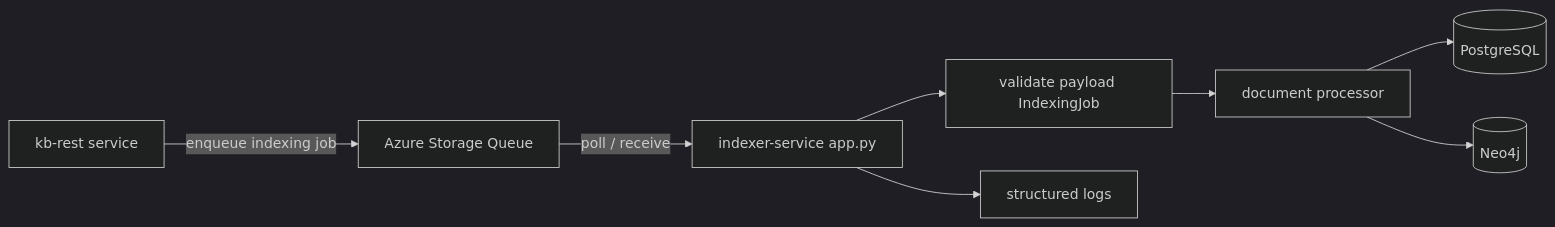
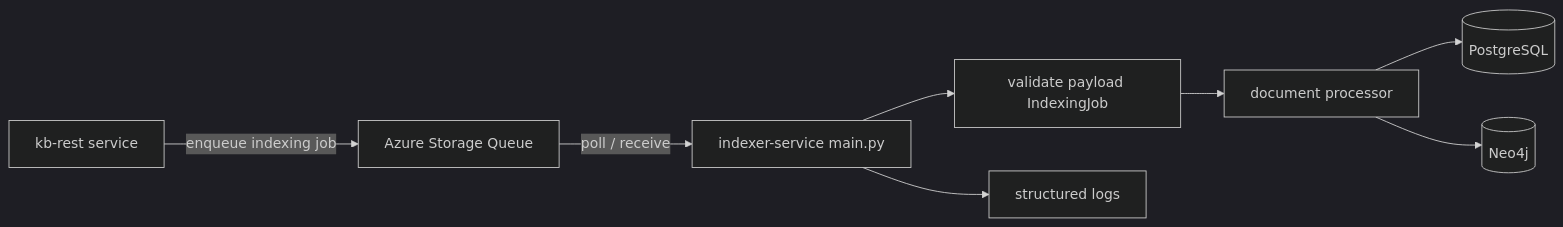
The diagram in indexer-service/README.md (Coforge-forgeX/KnowledgeCurator), drawn with Mermaid (dark theme) before and after one commit. The commit also changed other lines of this file and 24 other files, not shown here.

````diff
--- a/indexer-service/README.md
+++ b/indexer-service/README.md
@@ -23,10 +23,10 @@
 ```mermaid
 flowchart LR
     A[kb-rest service] -->|enqueue indexing job| B[Azure Storage Queue]
-    B -->|poll / receive| C[indexer-service app.py]
+  B -->|poll / receive| C[indexer-service main.py]
     C --> D[validate payload IndexingJob]
     D --> E[document processor]
     E --> F[(PostgreSQL)]
     E --> G[(Neo4j)]
     C --> H[structured logs]
 ```
````
